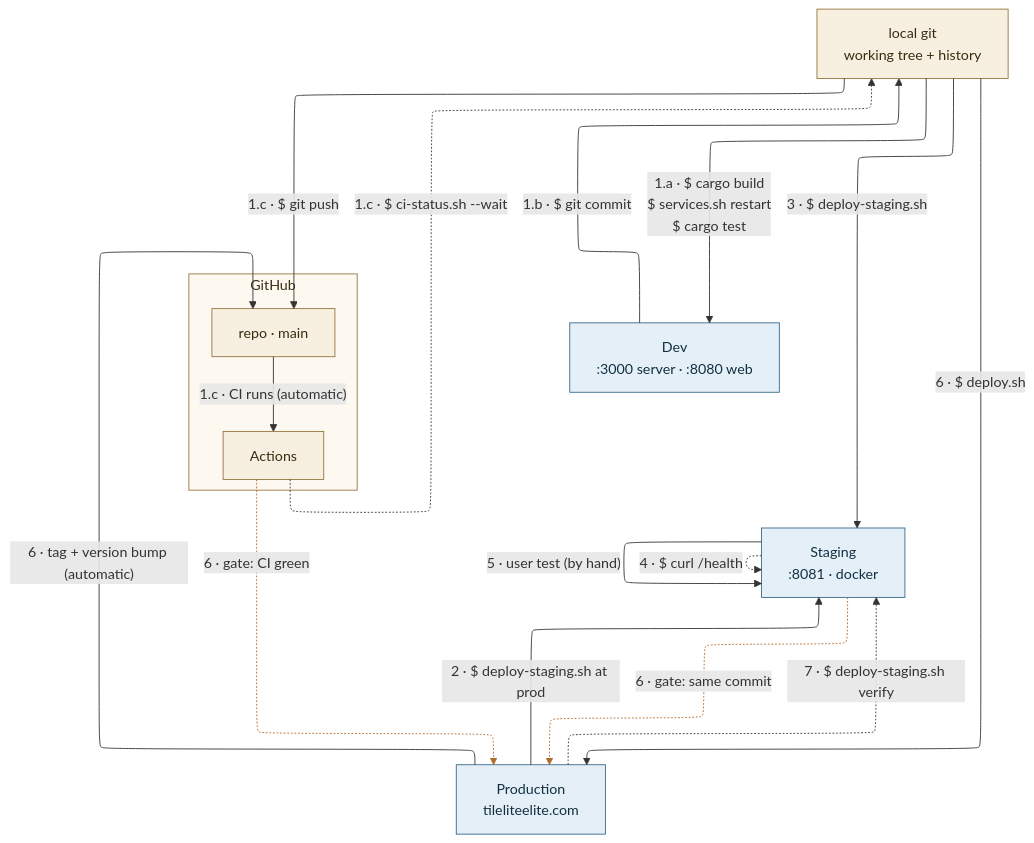
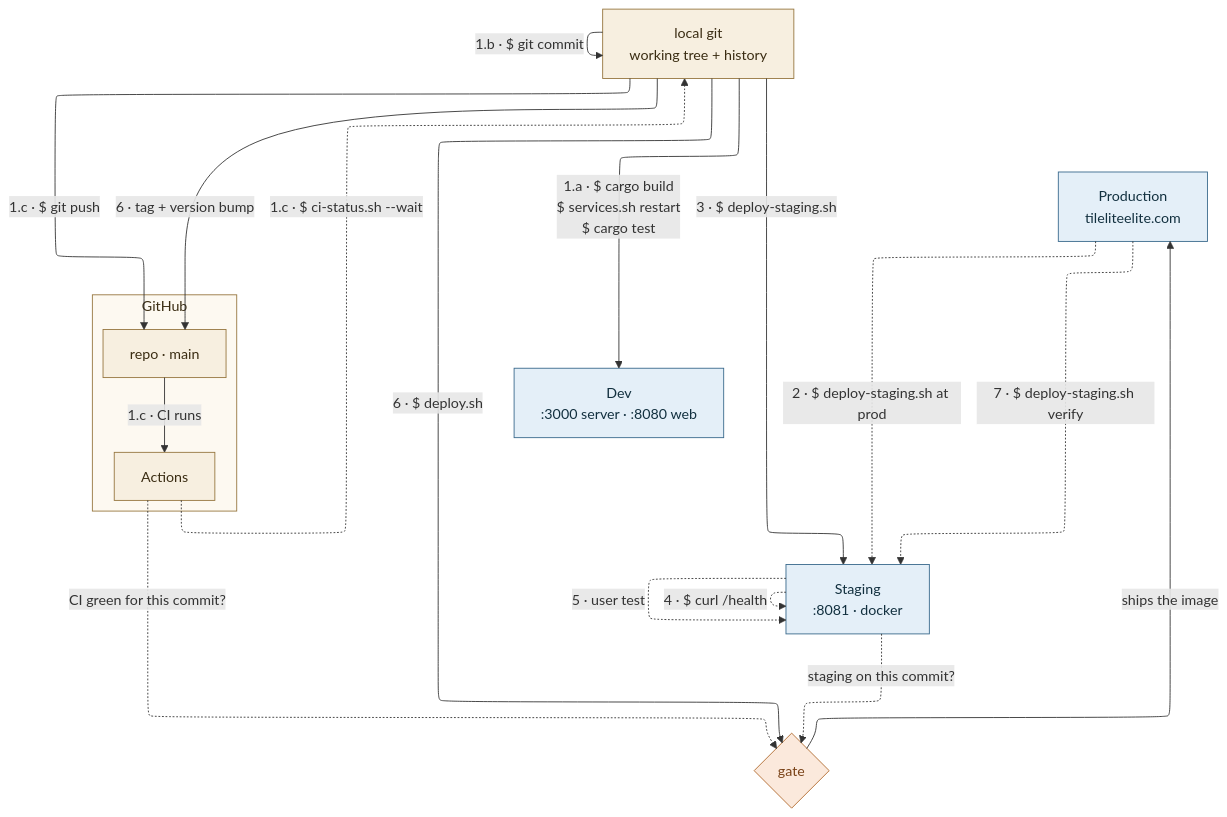
One commit to SteveStyle/scrabble-px changed the diagram in docs/diagrams/release-flow.mmd. Above: the diagram before and after it, drawn with Mermaid. The commit also changed 3 other files, not shown here.

```diff
--- a/docs/diagrams/release-flow.mmd
+++ b/docs/diagrams/release-flow.mmd
@@ -1,44 +1,57 @@
 ---
 config:
   layout: elk
   elk:
     nodePlacementStrategy: BRANDES_KOEPF
 ---
 flowchart TB
+    %% Line language, applied consistently:
+    %%   -->    code moves, in the direction it moves
+    %%   -.->   an answer comes back — a query, nothing shipped
+    %%   {  }   a decision on an action arrow — the action stops here and
+    %%          is tested before it continues. Checks feed into it.
+    %% .
+    %% .
+    %% The gate is a decision on the *action*, not a property of production:
+    %% it happens inside deploy.sh, before anything ships, and the two
+    %% checks are inputs to it. Drawing it as arrows into Production implied
+    %% a relationship between Actions and Production that does not exist.
+    %% .
+    %% No linkStyle anywhere: the shapes carry the meaning. Edge indices
+    %% silently pointed at the wrong arrows four times when they did.
     DEV["Dev<br/>:3000 server · :8080 web"]
     STG["Staging<br/>:8081 · docker"]
     PROD["Production<br/>tileliteelite.com"]
     LG["local git<br/>working tree + history"]
     subgraph GH["GitHub"]
         REPO["repo · main"]
         ACT["Actions"]
     end
 
+
     DEV ~~~ STG
-    STG ~~~ PROD
-    DEV -->|"1.b · $ git commit"| LG
+    STG ~~~ GATE
+
+    LG -->|"1.a · $ cargo build<br/>$ services.sh restart<br/>$ cargo test"| DEV
+    LG -->|"1.b · $ git commit"| LG
     LG -->|"1.c · $ git push"| REPO
-    REPO -->|"1.c · CI runs (automatic)"| ACT
+    REPO -->|"1.c · CI runs"| ACT
     ACT -.->|"1.c · $ ci-status.sh --wait"| LG
-    LG -->|"1.a · $ cargo build<br/>$ services.sh restart<br/>$ cargo test"| DEV
+    PROD -.->|"2 · $ deploy-staging.sh at prod"| STG
     LG -->|"3 · $ deploy-staging.sh"| STG
-    LG -->|"6 · $ deploy.sh"| PROD
     STG -.->|"4 · $ curl /health"| STG
-    STG -->|"5 · user test (by hand)"| STG
-    PROD -->|"2 · $ deploy-staging.sh at prod"| STG
-    ACT -.->|"6 · gate: CI green"| PROD
-    STG -.->|"6 · gate: same commit"| PROD
-    PROD -->|"6 · tag + version bump (automatic)"| REPO
+    STG -.->|"5 · user test"| STG
+    LG -->|"6 · $ deploy.sh"| GATE{"gate"}
+    GATE -->|"ships the image"| PROD
+    ACT -.->|"CI green for this commit?"| GATE
+    STG -.->|"staging on this commit?"| GATE
+    LG -->|"6 · tag + version bump"| REPO
     PROD -.->|"7 · $ deploy-staging.sh verify"| STG
 
+    classDef gate fill:#fbe9dc,stroke:#b06a2c,color:#7a4318
     classDef env fill:#e4eff8,stroke:#39698c,color:#12303f
     classDef repo fill:#f7efe0,stroke:#96763f,color:#3a2c12
     class DEV,STG,PROD env
     class LG,REPO,ACT repo
-    %% Amber for the two gates. linkStyle takes edge *indices* in
-    %% declaration order counting from 0, including the two invisible ~~~
-    %% links — so recount these whenever an edge is added or moved, and
-    %% check the render. Adding the user-test edge silently shifted them
-    %% moved 11,12 -> 12,13 -> 11,12 -> 12,13 across four edits so far.
-    linkStyle 12,13 stroke:#b06a2c,color:#8a4b18
+    class GATE gate
     style GH fill:#fdf9f1,stroke:#96763f,color:#3a2c12
```
